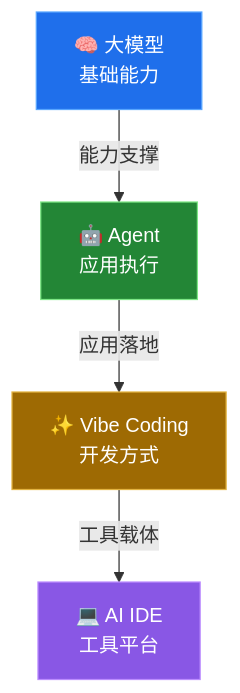
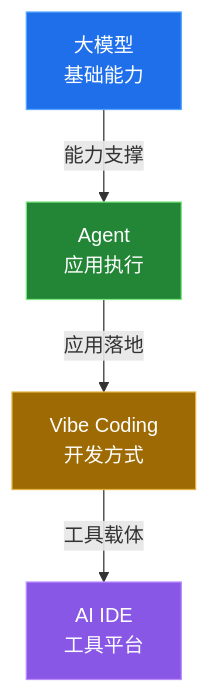
One commit to leohou0430/my-ai-stack changed the fifth of 14 diagrams in README.md. Above: the diagram before and after it, drawn with Mermaid. The commit also changed other lines of this file and 2 other files, not shown here.

````diff
--- a/README.md
+++ b/README.md
@@ -118,10 +200,10 @@
 ```mermaid
 graph TB
-    LLM["🧠 大模型<br>基础能力"] -->|"能力支撑"| Agent["🤖 Agent<br>应用执行"]
-    Agent -->|"应用落地"| VC["✨ Vibe Coding<br>开发方式"]
-    VC -->|"工具载体"| IDE["💻 AI IDE<br>工具平台"]
+    LLM["大模型<br>基础能力"] -->|"能力支撑"| Agent["Agent<br>应用执行"]
+    Agent -->|"应用落地"| VC["Vibe Coding<br>开发方式"]
+    VC -->|"工具载体"| IDE["AI IDE<br>工具平台"]
     style LLM fill:#1f6feb,stroke:#58a6ff,color:#fff
     style Agent fill:#238636,stroke:#7ee787,color:#fff
     style VC fill:#9e6a03,stroke:#e3b341,color:#fff
     style IDE fill:#8957e5,stroke:#bc8cff,color:#fff
 ```
````
